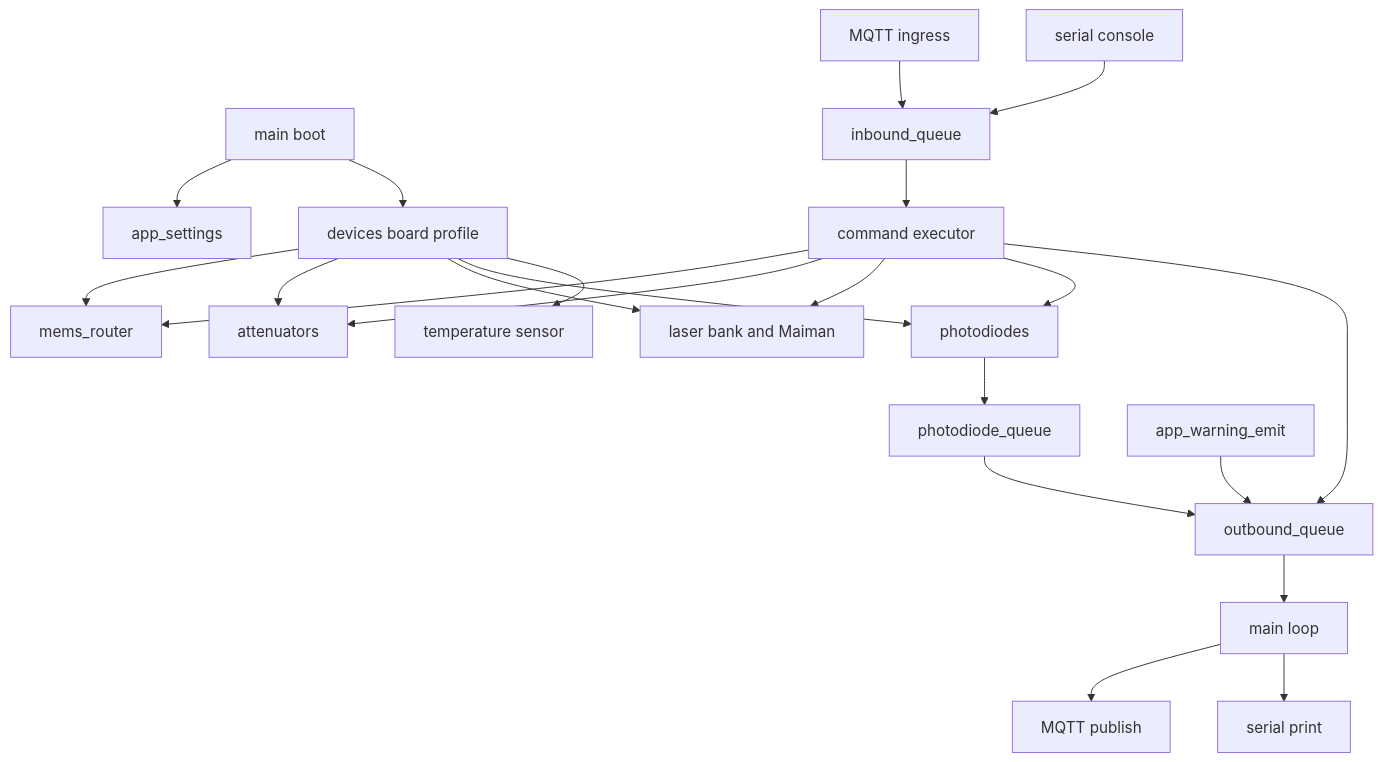
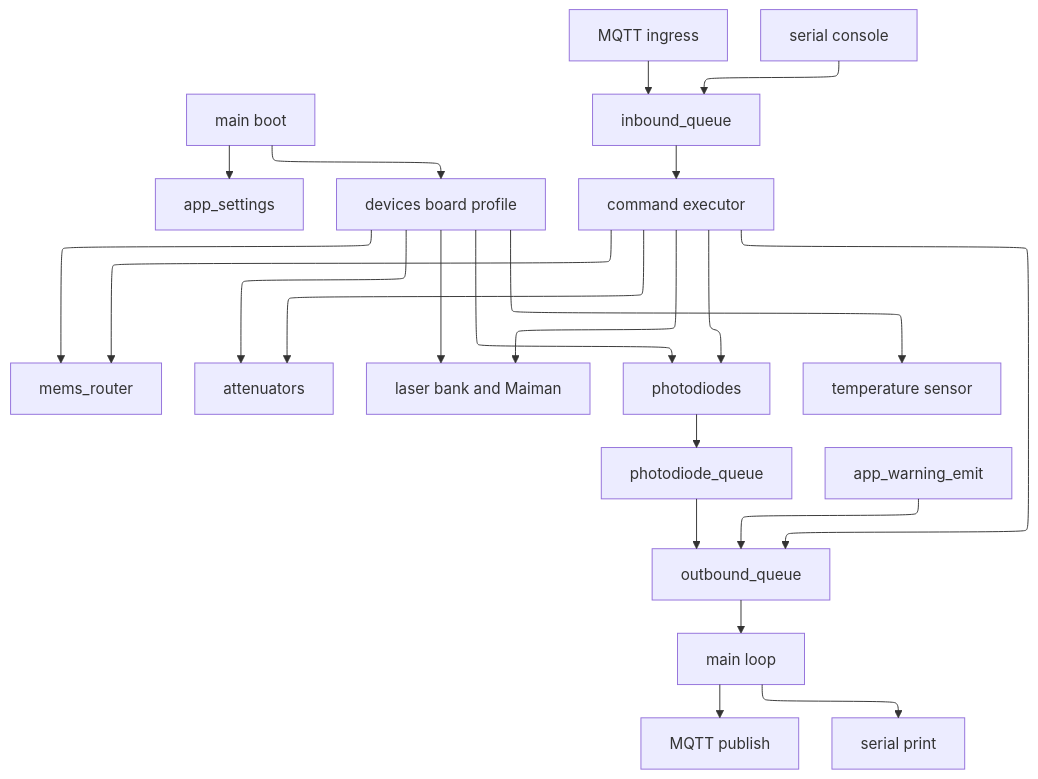
One commit to COO-Utilities/hispec-tib changed the first of 17 diagrams in doc/diagrams.md. Above: the diagram before and after it, drawn with Mermaid. The commit also changed 13 other files, not shown here.

````diff
--- a/doc/diagrams.md
+++ b/doc/diagrams.md
@@ -9,24 +9,28 @@
 ```mermaid
+---
+config:
+  layout: elk
+---
 flowchart TD
   Boot[main boot] --> Settings[app_settings]
   Boot --> Devices[devices board profile]
   Devices --> MEMS[mems_router]
   Devices --> Atten[attenuators]
   Devices --> Laser[laser bank and Maiman]
   Devices --> PD[photodiodes]
   Devices --> Temp[temperature sensor]
   MQTT[MQTT ingress] --> InQ[inbound_queue]
   Serial[serial console] --> InQ
   InQ --> Exec[command executor]
   Exec --> MEMS
   Exec --> Atten
   Exec --> Laser
   Exec --> PD
   Exec --> OutQ[outbound_queue]
   PD --> PDQ[photodiode_queue]
   PDQ --> OutQ
   Warnings[app_warning_emit] --> OutQ
   OutQ --> MainLoop[main loop]
   MainLoop --> Broker[MQTT publish]
   MainLoop --> Console[serial print]
 ```
````
